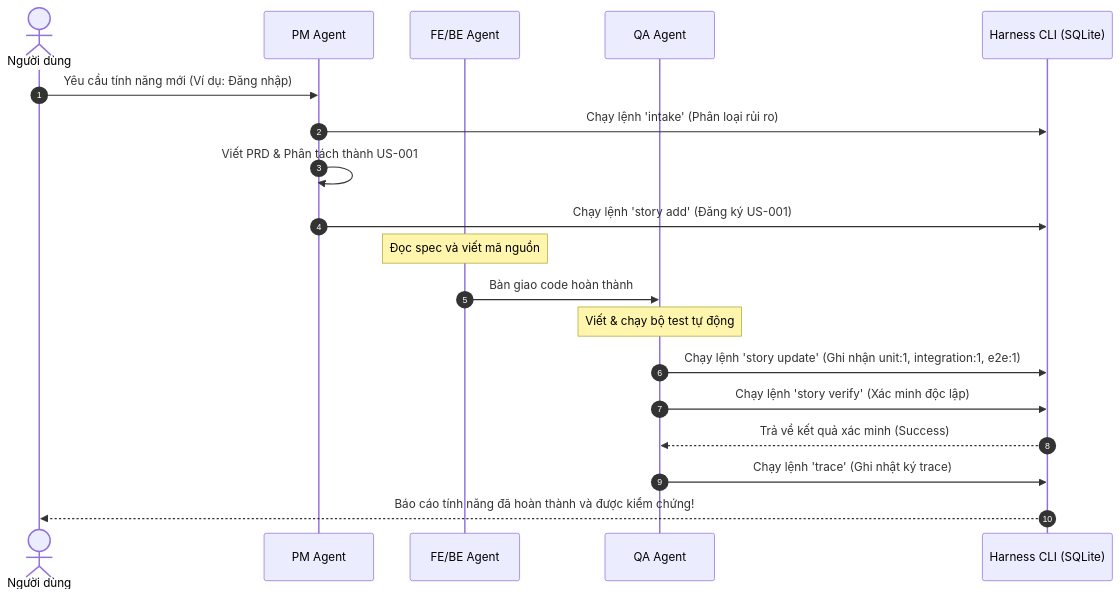
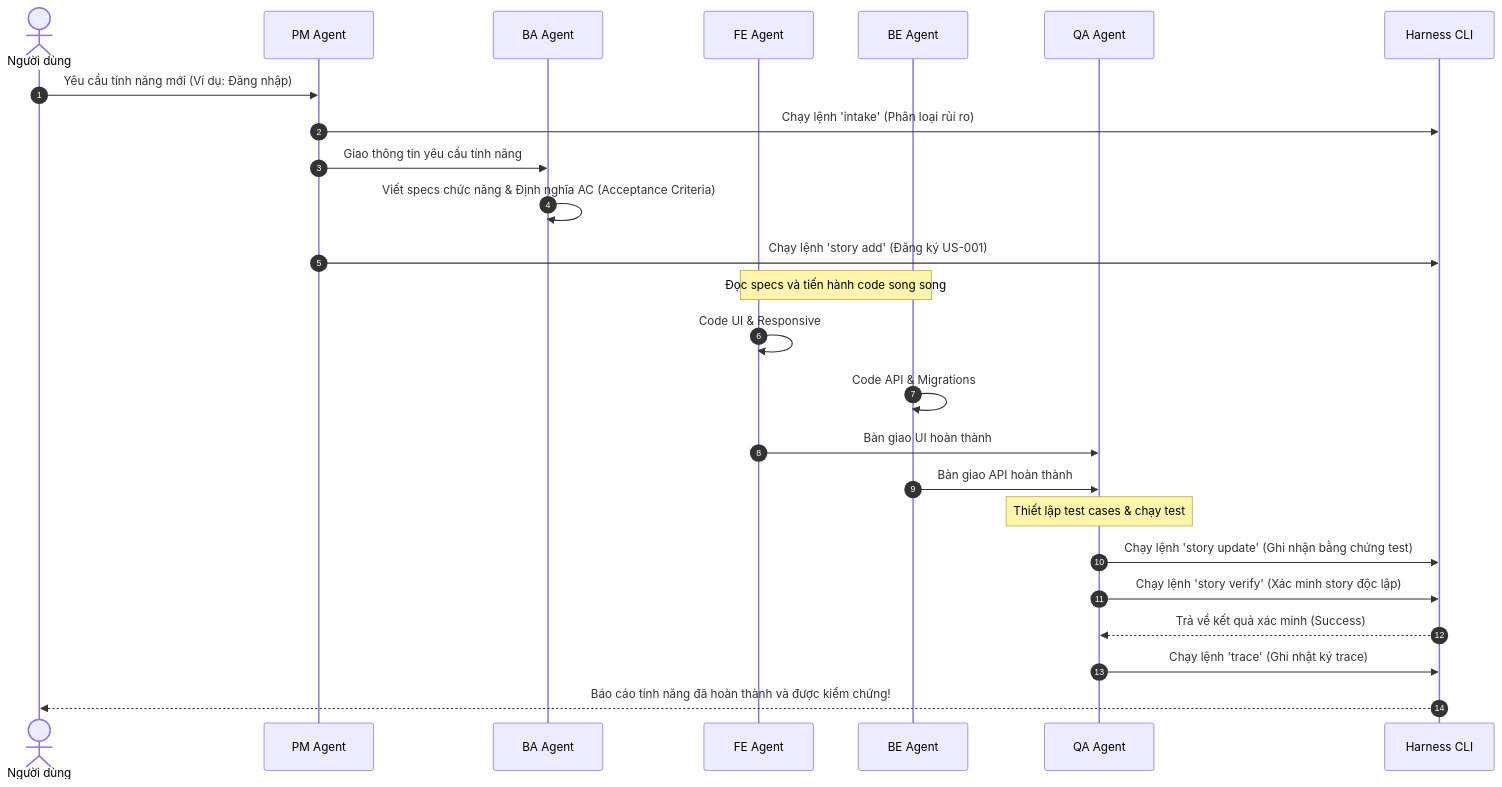
Before and after one commit to baobao0303/harness: the second of 2 diagrams in docs/TASK_FLOW.md, drawn with Mermaid. The commit also changed other lines of this file, not shown here.

Commit message:
docs: update TASK_FLOW.md to show all specific agent personas

````diff
--- a/docs/TASK_FLOW.md
+++ b/docs/TASK_FLOW.md
@@ -62,31 +65,37 @@
 ```mermaid
 sequenceDiagram
     autonumber
     actor Human as Người dùng
     participant PM as PM Agent
-    participant Dev as FE/BE Agent
+    participant BA as BA Agent
+    participant FE as FE Agent
+    participant BE as BE Agent
     participant QA as QA Agent
-    participant CLI as Harness CLI (SQLite)
+    participant CLI as Harness CLI
 
     %% Khởi tạo
     Human->>PM: Yêu cầu tính năng mới (Ví dụ: Đăng nhập)
     PM->>CLI: Chạy lệnh 'intake' (Phân loại rủi ro)
     
     %% Đặc tả
-    PM->>PM: Viết PRD & Phân tách thành US-001
+    PM->>BA: Giao thông tin yêu cầu tính năng
+    BA->>BA: Viết specs chức năng & Định nghĩa AC (Acceptance Criteria)
     PM->>CLI: Chạy lệnh 'story add' (Đăng ký US-001)
 
     %% Phát triển
-    Note over Dev: Đọc spec và viết mã nguồn
-    Dev->>QA: Bàn giao code hoàn thành
+    Note over FE,BE: Đọc specs và tiến hành code song song
+    FE->>FE: Code UI & Responsive
+    BE->>BE: Code API & Migrations
+    FE->>QA: Bàn giao UI hoàn thành
+    BE->>QA: Bàn giao API hoàn thành
 
     %% Kiểm thử & Báo cáo
-    Note over QA: Viết & chạy bộ test tự động
-    QA->>CLI: Chạy lệnh 'story update' (Ghi nhận unit:1, integration:1, e2e:1)
-    QA->>CLI: Chạy lệnh 'story verify' (Xác minh độc lập)
+    Note over QA: Thiết lập test cases & chạy test
+    QA->>CLI: Chạy lệnh 'story update' (Ghi nhận bằng chứng test)
+    QA->>CLI: Chạy lệnh 'story verify' (Xác minh story độc lập)
     CLI-->>QA: Trả về kết quả xác minh (Success)
 
     %% Hoàn tất
     QA->>CLI: Chạy lệnh 'trace' (Ghi nhật ký trace)
     CLI-->>Human: Báo cáo tính năng đã hoàn thành và được kiểm chứng!
 ```
````
